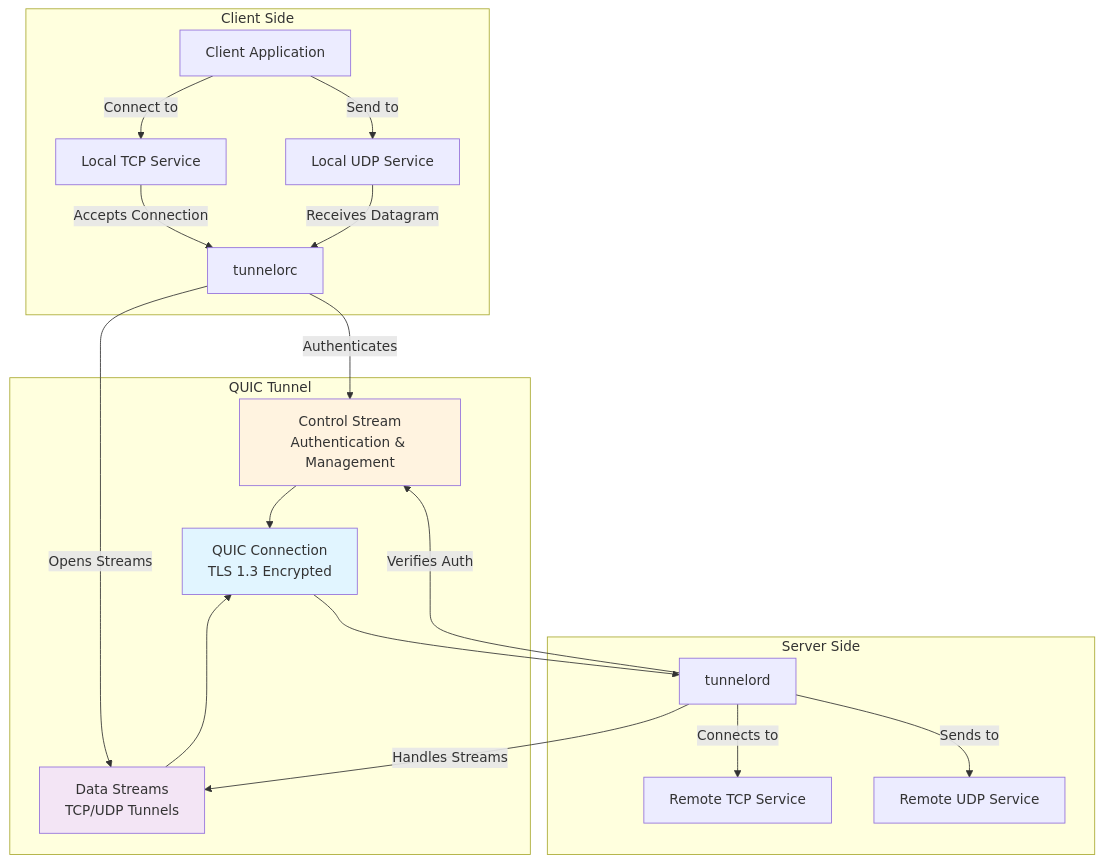
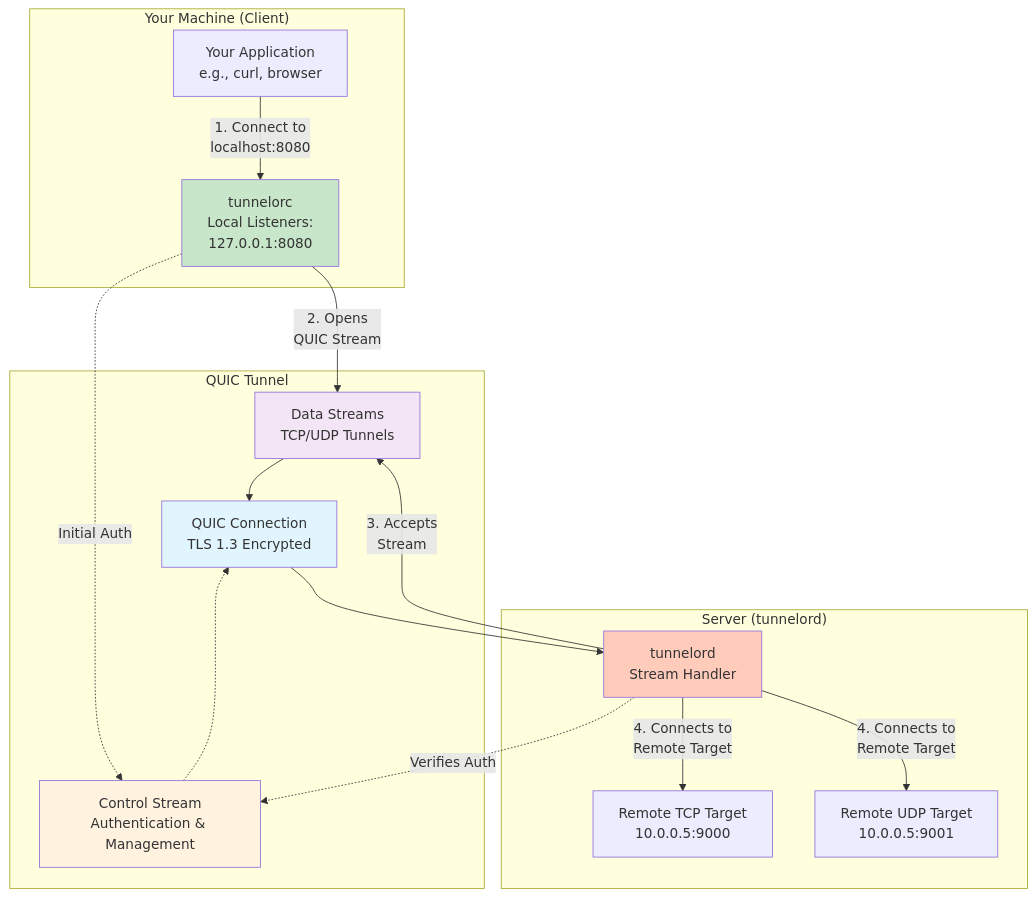
Before and after one commit to piwi3910/tunnelor: the first of 21 diagrams in docs/architecture.md, drawn with Mermaid. The commit also changed other lines of this file and 1 other file, not shown here.

First paragraph of the commit message:
[Docs] Clarify forward tunnel implementation across documentation
Updated README.md and architecture.md to clearly communicate that
Tunnelor currently implements forward tunnels (outbound from client),
not reverse tunnels (inbound to client).

````diff
--- a/docs/architecture.md
+++ b/docs/architecture.md
@@ -49,42 +56,39 @@
 ```mermaid
 graph TB
-    subgraph "Client Side"
-        ClientApp[Client Application]
-        TunnelorC[tunnelorc]
-        LocalTCP[Local TCP Service]
-        LocalUDP[Local UDP Service]
+    subgraph "Your Machine (Client)"
+        ClientApp[Your Application<br/>e.g., curl, browser]
+        TunnelorC[tunnelorc<br/>Local Listeners:<br/>127.0.0.1:8080]
     end
 
     subgraph "QUIC Tunnel"
         QUICConnection[QUIC Connection<br/>TLS 1.3 Encrypted]
         ControlStream[Control Stream<br/>Authentication & Management]
         DataStreams[Data Streams<br/>TCP/UDP Tunnels]
     end
 
-    subgraph "Server Side"
-        TunnelorD[tunnelord]
-        RemoteTCP[Remote TCP Service]
-        RemoteUDP[Remote UDP Service]
+    subgraph "Server (tunnelord)"
+        TunnelorD[tunnelord<br/>Stream Handler]
+        RemoteTCP[Remote TCP Target<br/>10.0.0.5:9000]
+        RemoteUDP[Remote UDP Target<br/>10.0.0.5:9001]
     end
 
-    ClientApp -->|Connect to| LocalTCP
-    ClientApp -->|Send to| LocalUDP
-    LocalTCP -->|Accepts Connection| TunnelorC
-    LocalUDP -->|Receives Datagram| TunnelorC
+    ClientApp -->|1. Connect to<br/>localhost:8080| TunnelorC
+    TunnelorC -->|2. Opens<br/>QUIC Stream| DataStreams
 
-    TunnelorC -->|Authenticates| ControlStream
-    TunnelorC -->|Opens Streams| DataStreams
-    ControlStream --> QUICConnection
+    TunnelorC -.->|Initial Auth| ControlStream
+    ControlStream -.-> QUICConnection
     DataStreams --> QUICConnection
 
     QUICConnection --> TunnelorD
-    TunnelorD -->|Verifies Auth| ControlStream
-    TunnelorD -->|Handles Streams| DataStreams
+    TunnelorD -.->|Verifies Auth| ControlStream
+    TunnelorD -->|3. Accepts<br/>Stream| DataStreams
 
-    TunnelorD -->|Connects to| RemoteTCP
-    TunnelorD -->|Sends to| RemoteUDP
+    TunnelorD -->|4. Connects to<br/>Remote Target| RemoteTCP
+    TunnelorD -->|4. Connects to<br/>Remote Target| RemoteUDP
 
     style QUICConnection fill:#e1f5ff
     style ControlStream fill:#fff3e0
     style DataStreams fill:#f3e5f5
+    style TunnelorC fill:#c8e6c9
+    style TunnelorD fill:#ffccbc
 ```
````
